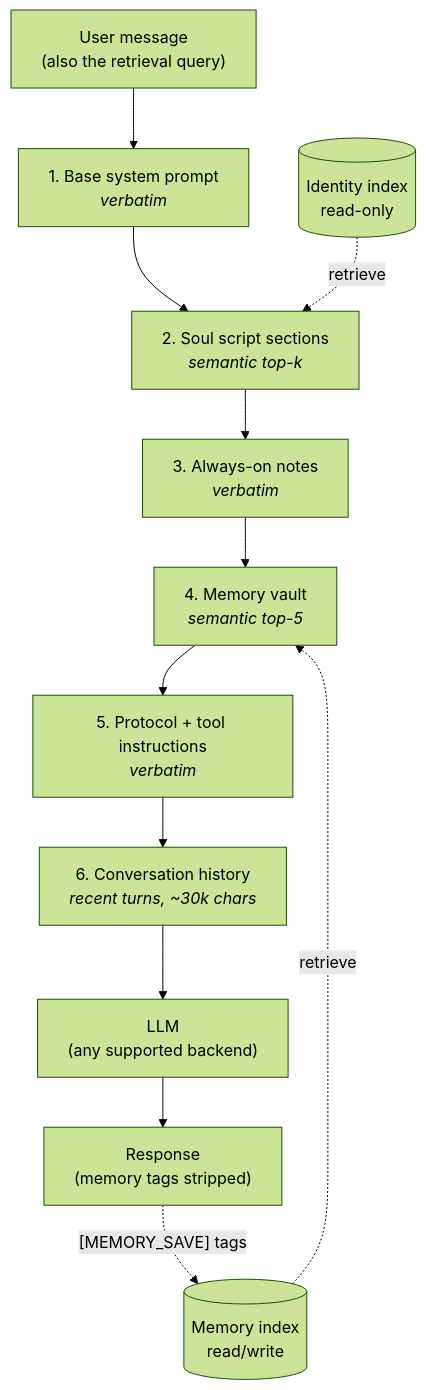
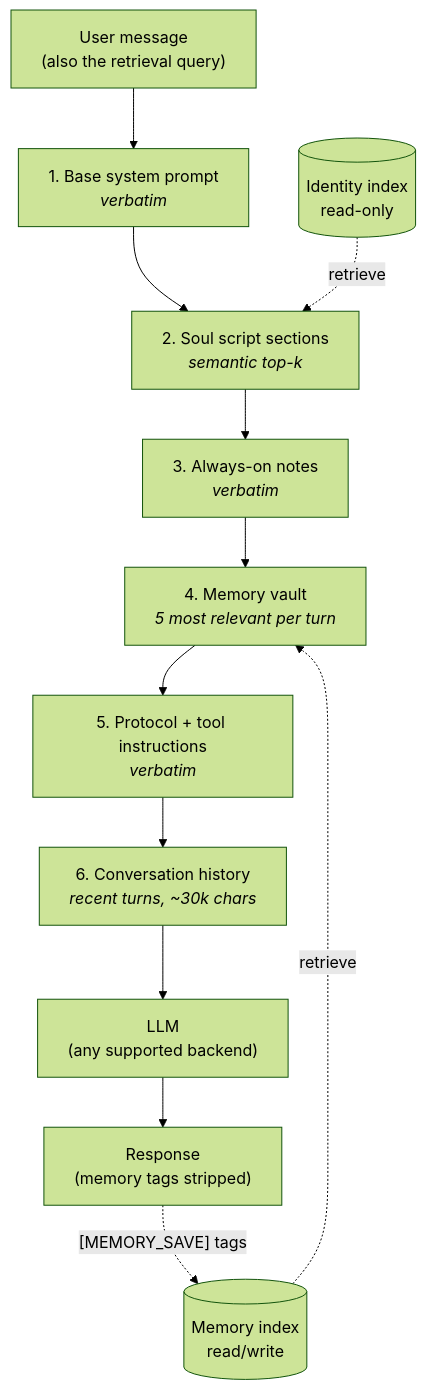
One commit to DrTHunter/SoulScript-Engine changed the first of 2 diagrams in README.md. Above: the diagram before and after it, drawn with Mermaid (forest theme). The commit also changed other lines of this file, not shown here.

First line of the commit message:
README: clarify the memory vault isn't limited to 5 memories

````diff
--- a/README.md
+++ b/README.md
@@ -45,20 +45,20 @@
 ```mermaid
 flowchart TD
     U["User message<br/>(also the retrieval query)"]
     L1["1. Base system prompt<br/><i>verbatim</i>"]
     L2["2. Soul script sections<br/><i>semantic top-k</i>"]
     L3["3. Always-on notes<br/><i>verbatim</i>"]
-    L4["4. Memory vault<br/><i>semantic top-5</i>"]
+    L4["4. Memory vault<br/><i>5 most relevant per turn</i>"]
     L5["5. Protocol + tool instructions<br/><i>verbatim</i>"]
     L6["6. Conversation history<br/><i>recent turns, ~30k chars</i>"]
     LLM["LLM<br/>(any supported backend)"]
     R["Response<br/>(memory tags stripped)"]
 
     ID[("Identity index<br/>read-only")]
     MI[("Memory index<br/>read/write")]
 
     U --> L1 --> L2 --> L3 --> L4 --> L5 --> L6 --> LLM --> R
     ID -. "retrieve" .-> L2
     MI -. "retrieve" .-> L4
     R -. "[MEMORY_SAVE] tags" .-> MI
 ```
````
